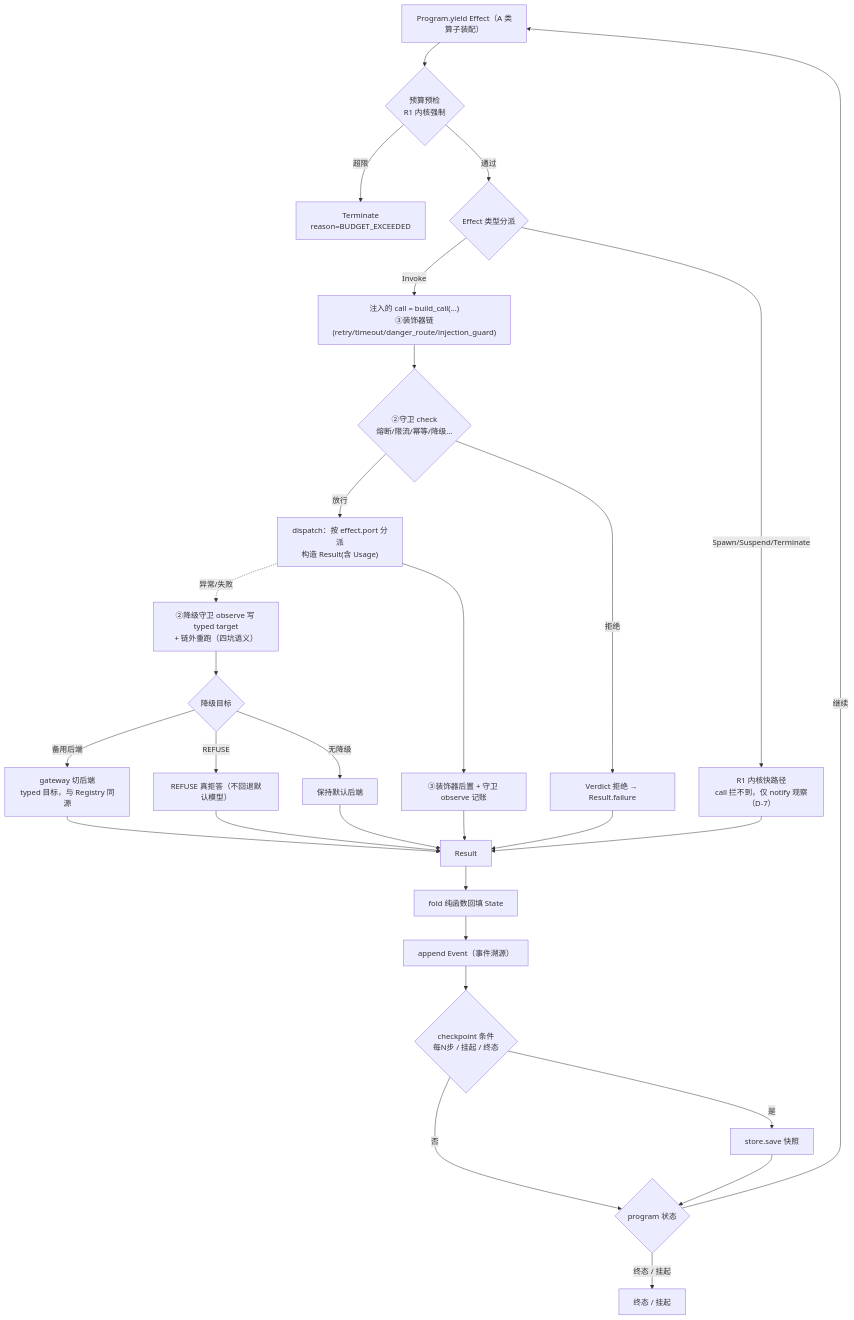
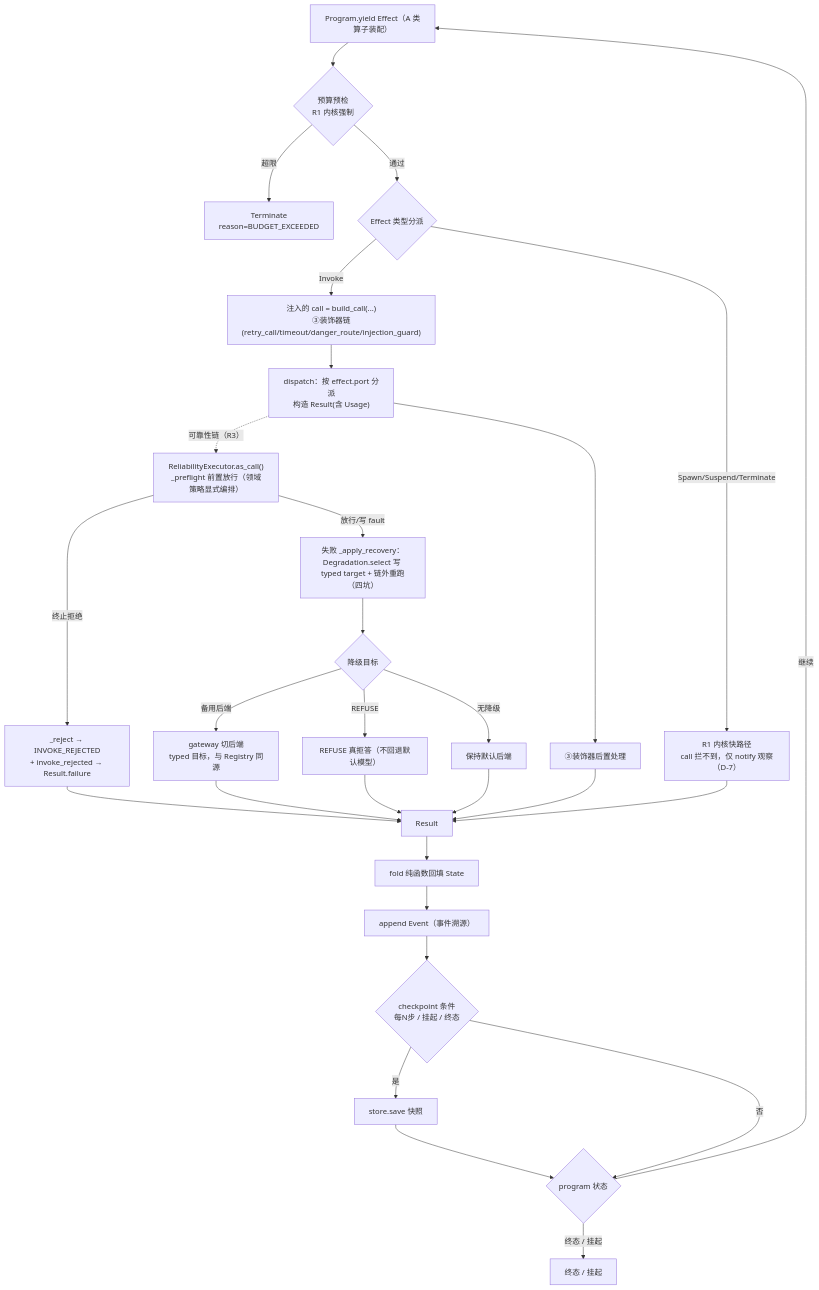
Before and after one commit to sao-lang/lll: the second of 13 diagrams in docs/01-总览与设计/AGENT-总设计.md, drawn with Mermaid. The commit also changed other lines of this file and 91 other files, not shown here.

````diff
--- a/docs/01-总览与设计/AGENT-总设计.md
+++ b/docs/01-总览与设计/AGENT-总设计.md
@@ -134,31 +134,31 @@
 ```mermaid
 flowchart TD
     S["Program.yield Effect（A 类算子装配）"] --> B{"预算预检<br/>R1 内核强制"}
     B -->|超限| E["Terminate<br/>reason=BUDGET_EXCEEDED"]
     B -->|通过| K{"Effect 类型分派"}
-    K -->|Invoke| CALL["注入的 call = build_call(...)<br/>③装饰器链(retry/timeout/danger_route/injection_guard)"]
+    K -->|Invoke| CALL["注入的 call = build_call(...)<br/>③装饰器链(retry_call/timeout/danger_route/injection_guard)"]
     K -->|Spawn/Suspend/Terminate| CORE0["R1 内核快路径<br/>call 拦不到，仅 notify 观察（D-7）"]
-    CALL --> GD{"②守卫 check<br/>熔断/限流/幂等/降级…"}
-    GD -->|放行| DSP["dispatch：按 effect.port 分派<br/>构造 Result(含 Usage)"]
-    GD -->|拒绝| RJ["Verdict 拒绝 → Result.failure"]
-    DSP -.异常/失败.-> DG["②降级守卫 observe 写 typed target<br/>+ 链外重跑（四坑语义）"]
+    CALL --> DSP["dispatch：按 effect.port 分派<br/>构造 Result(含 Usage)"]
+    DSP -.可靠性链（R3）.-> EX["ReliabilityExecutor.as_call()<br/>_preflight 前置放行（领域策略显式编排）"]
+    EX -->|终止拒绝| RJ["_reject → INVOKE_REJECTED<br/>+ invoke_rejected → Result.failure"]
+    EX -->|放行/写 fault| DG["失败 _apply_recovery：<br/>Degradation.select 写 typed target + 链外重跑（四坑）"]
     DG --> TGT{"降级目标"}
     TGT -->|备用后端| SW["gateway 切后端<br/>typed 目标，与 Registry 同源"]
     TGT -->|REFUSE| RF["REFUSE 真拒答（不回退默认模型）"]
     TGT -->|无降级| KEEP["保持默认后端"]
-    DSP --> ENB["③装饰器后置 + 守卫 observe 记账"]
+    DSP --> ENB["③装饰器后置处理"]
     SW --> RES
     RF --> RES
     KEEP --> RES
     ENB --> RES["Result"]
     RJ --> RES
     CORE0 --> RES
     RES --> F["fold 纯函数回填 State"]
     F --> EV["append Event（事件溯源）"]
     EV --> CK{"checkpoint 条件<br/>每N步 / 挂起 / 终态"}
     CK -->|是| SAVE["store.save 快照"]
     CK -->|否| NX
     SAVE --> NX{"program 状态"}
     NX -->|继续| S
     NX -->|终态 / 挂起| T["终态 / 挂起"]
 ```
````
